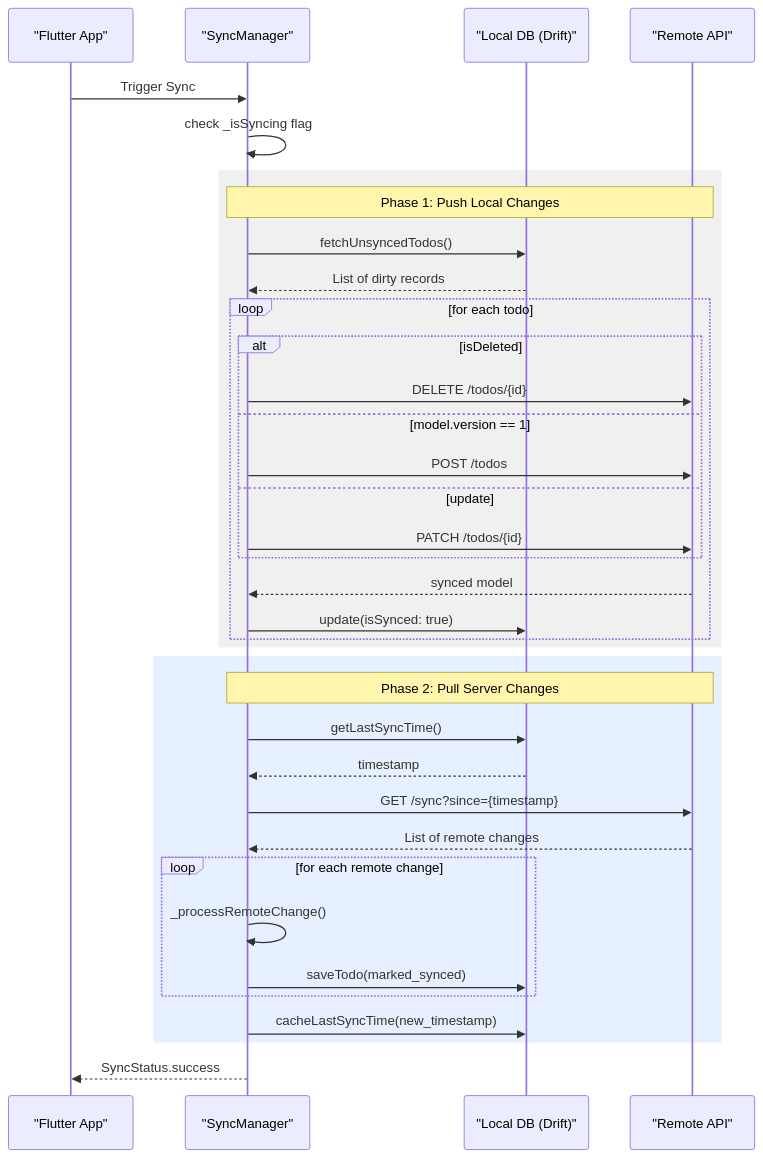
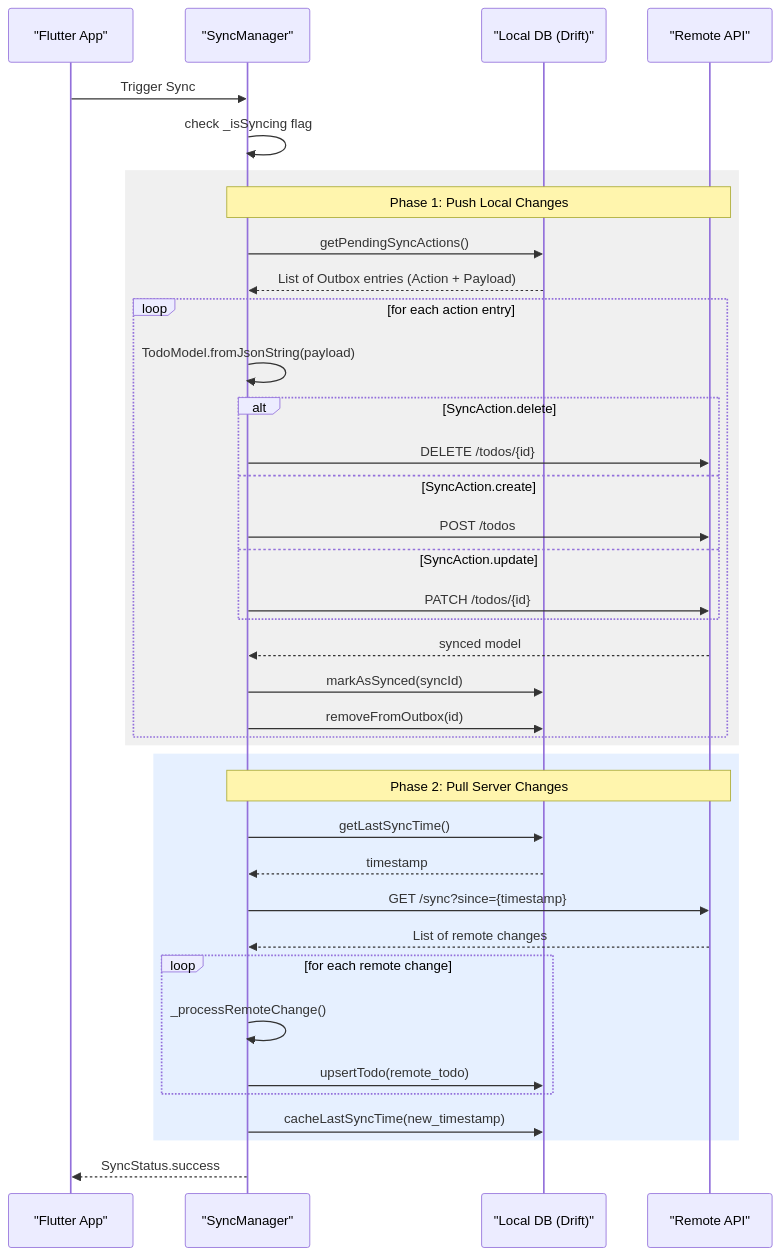
Before and after one commit to abhijain2472/todo-offline-first-app: the second of 2 diagrams in README.md, drawn with Mermaid. The commit also changed other lines of this file and 8 other files, not shown here.

````diff
--- a/README.md
+++ b/README.md
@@ -60,42 +62,44 @@
 ```mermaid
 sequenceDiagram
     participant App as "Flutter App"
     participant SM as "SyncManager"
     participant LDS as "Local DB (Drift)"
     participant RDS as "Remote API"
 
     App->>SM: Trigger Sync
     SM->>SM: check _isSyncing flag
     
     rect rgb(240, 240, 240)
     Note over SM, RDS: Phase 1: Push Local Changes
-    SM->>LDS: fetchUnsyncedTodos()
-    LDS-->>SM: List of dirty records
-    loop for each todo
-        alt isDeleted
+    SM->>LDS: getPendingSyncActions()
+    LDS-->>SM: List of Outbox entries (Action + Payload)
+    loop for each action entry
+        SM->>SM: TodoModel.fromJsonString(payload)
+        alt SyncAction.delete
             SM->>RDS: DELETE /todos/{id}
-        else model.version == 1
+        else SyncAction.create
             SM->>RDS: POST /todos
-        else update
+        else SyncAction.update
             SM->>RDS: PATCH /todos/{id}
         end
         RDS-->>SM: synced model
-        SM->>LDS: update(isSynced: true)
+        SM->>LDS: markAsSynced(syncId)
+        SM->>LDS: removeFromOutbox(id)
     end
     end
 
     rect rgb(230, 240, 255)
     Note over SM, RDS: Phase 2: Pull Server Changes
     SM->>LDS: getLastSyncTime()
     LDS-->>SM: timestamp
     SM->>RDS: GET /sync?since={timestamp}
     RDS-->>SM: List of remote changes
     loop for each remote change
         SM->>SM: _processRemoteChange()
-        SM->>LDS: saveTodo(marked_synced)
+        SM->>LDS: upsertTodo(remote_todo)
     end
     SM->>LDS: cacheLastSyncTime(new_timestamp)
     end
 
     SM-->>App: SyncStatus.success
 ```
````
